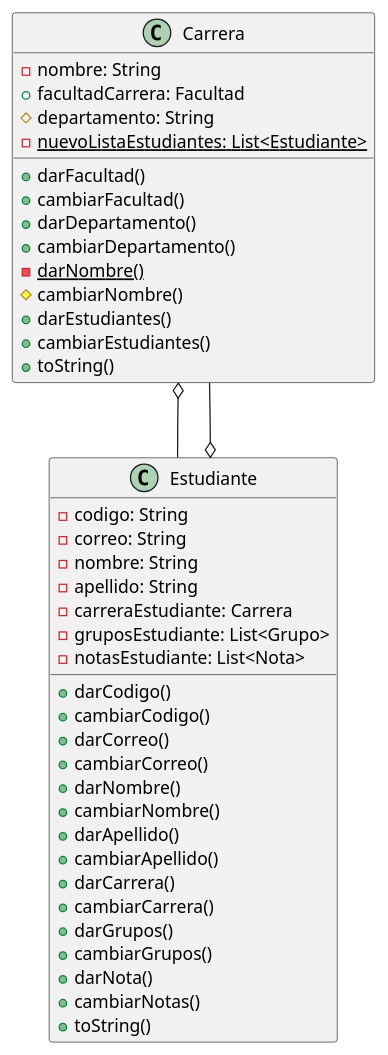
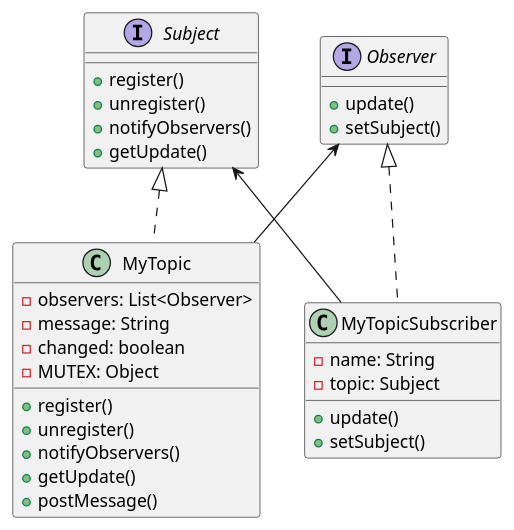
The diagram in Java-documentator/Documentation/Class_diagram.puml (afmoyar/Java-Documentator), drawn with PlantUML before and after one commit. The commit also changed 2 other files, not shown here.

```diff
--- a/Java-documentator/Documentation/Class_diagram.puml
+++ b/Java-documentator/Documentation/Class_diagram.puml
@@ -1,43 +1,33 @@
 @startuml
-class Carrera{
-	-nombre: String
-	+facultadCarrera: Facultad
-	#departamento: String
-	-{static}nuevoListaEstudiantes: List<Estudiante>
-	+darFacultad()
-	+cambiarFacultad()
-	+darDepartamento()
-	+cambiarDepartamento()
-	-{static}darNombre()
-	#cambiarNombre()
-	+darEstudiantes()
-	+cambiarEstudiantes()
-	+toString()
+Interface Subject{
+	+register()
+	+unregister()
+	+notifyObservers()
+	+getUpdate()
 }
-class Estudiante{
-	-codigo: String
-	-correo: String
-	-nombre: String
-	-apellido: String
-	-carreraEstudiante: Carrera
-	-gruposEstudiante: List<Grupo>
-	-notasEstudiante: List<Nota>
-	+darCodigo()
-	+cambiarCodigo()
-	+darCorreo()
-	+cambiarCorreo()
-	+darNombre()
-	+cambiarNombre()
-	+darApellido()
-	+cambiarApellido()
-	+darCarrera()
-	+cambiarCarrera()
-	+darGrupos()
-	+cambiarGrupos()
-	+darNota()
-	+cambiarNotas()
-	+toString()
+Interface Observer{
+	+update()
+	+setSubject()
 }
-Carrera o-- Estudiante
-Estudiante o-- Carrera
+class MyTopic{
+	-observers: List<Observer>
+	-message: String
+	-changed: boolean
+	-MUTEX: Object
+	+register()
+	+unregister()
+	+notifyObservers()
+	+getUpdate()
+	+postMessage()
+}
+class MyTopicSubscriber{
+	-name: String
+	-topic: Subject
+	+update()
+	+setSubject()
+}
+MyTopicSubscriber -up-> Subject
+MyTopicSubscriber .up.|> Observer
+MyTopic -up-> Observer
+MyTopic .up.|> Subject
 @enduml
```
